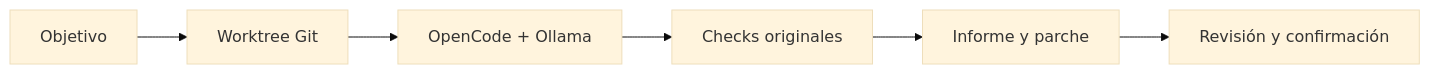
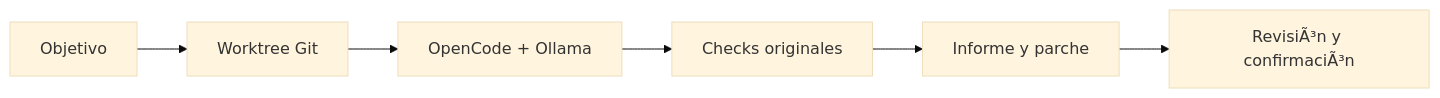
The diagram in README.md (nachoweb3/kali-agente), drawn with Mermaid (base theme) before and after one commit. The commit also changed other lines of this file and 7 other files, not shown here.

````diff
--- a/README.md
+++ b/README.md
@@ -96,8 +140,8 @@
 ```mermaid
 flowchart LR
     A[Objetivo] --> B[Worktree Git]
     B --> C[OpenCode + Ollama]
     C --> D[Checks originales]
     D --> E[Informe y parche]
-    E --> F[Revisión y confirmación]
+    E --> F[RevisiÃ³n y confirmaciÃ³n]
 ```
````
